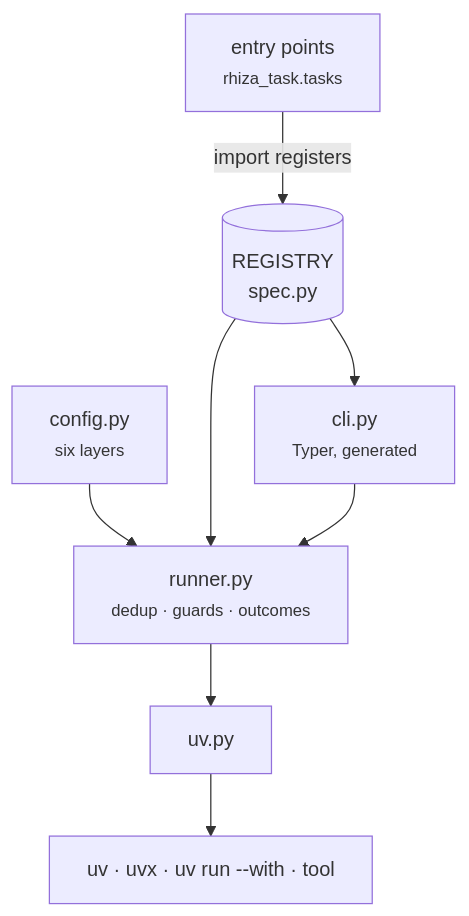
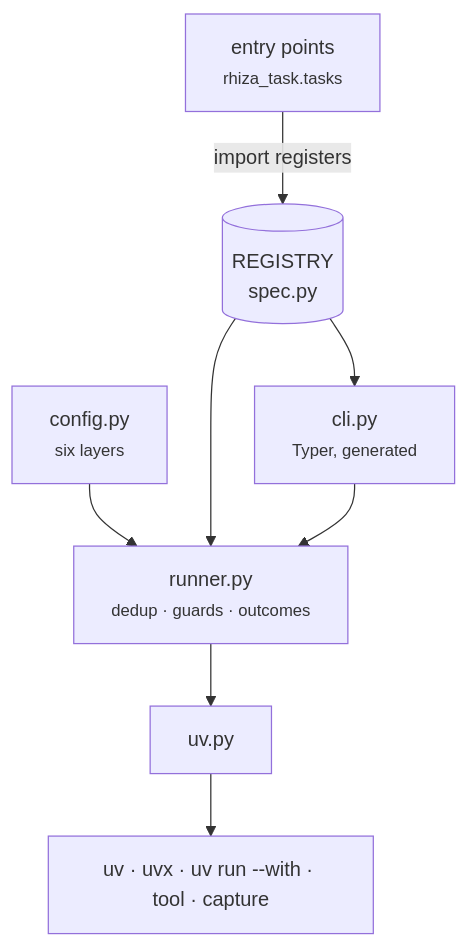
The diagram in docs/design.md (Jebel-Quant/rhiza-task), drawn with Mermaid before and after one commit. The commit also changed other lines of this file and 4 other files, not shown here.

````diff
--- a/docs/design.md
+++ b/docs/design.md
@@ -54,10 +54,10 @@
 ```mermaid
 flowchart TD
     EP["entry points<br/><small>rhiza_task.tasks</small>"] -->|import registers| REG[("REGISTRY<br/>spec.py")]
     CFG["config.py<br/><small>six layers</small>"] --> RUN
     REG --> CLI["cli.py<br/><small>Typer, generated</small>"]
     REG --> RUN["runner.py<br/><small>dedup · guards · outcomes</small>"]
     CLI --> RUN
     RUN --> UV["uv.py"]
-    UV --> A["uv · uvx · uv run --with · tool"]
+    UV --> A["uv · uvx · uv run --with · tool · capture"]
 ```
````
